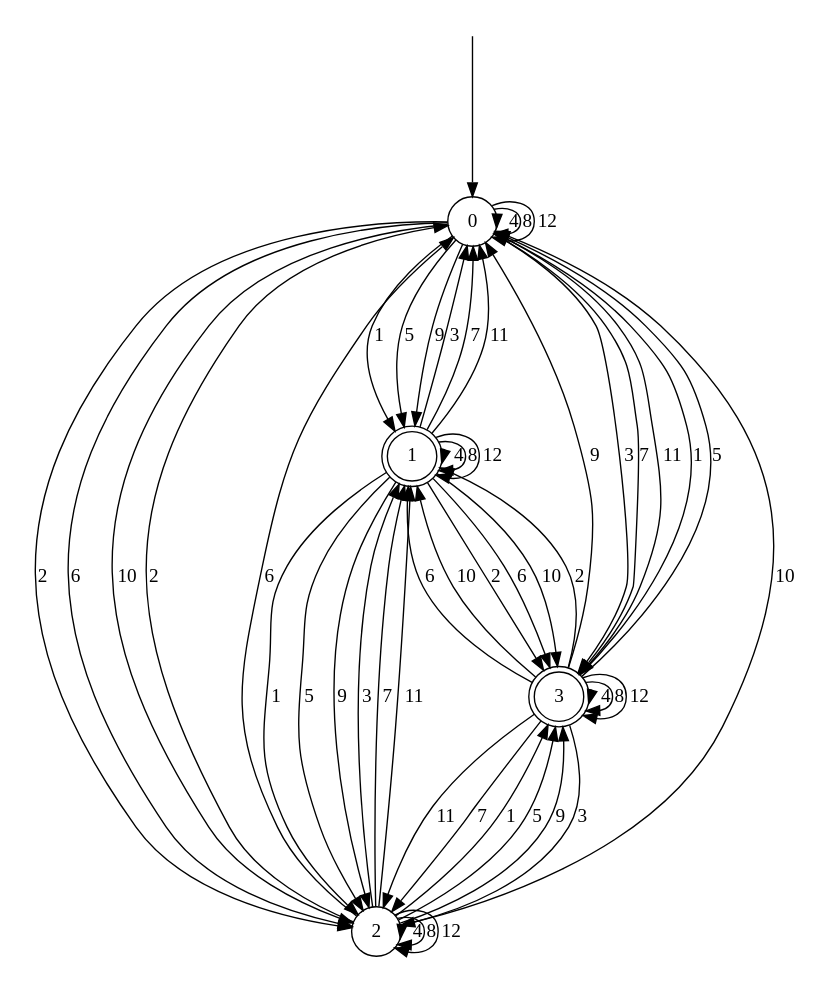
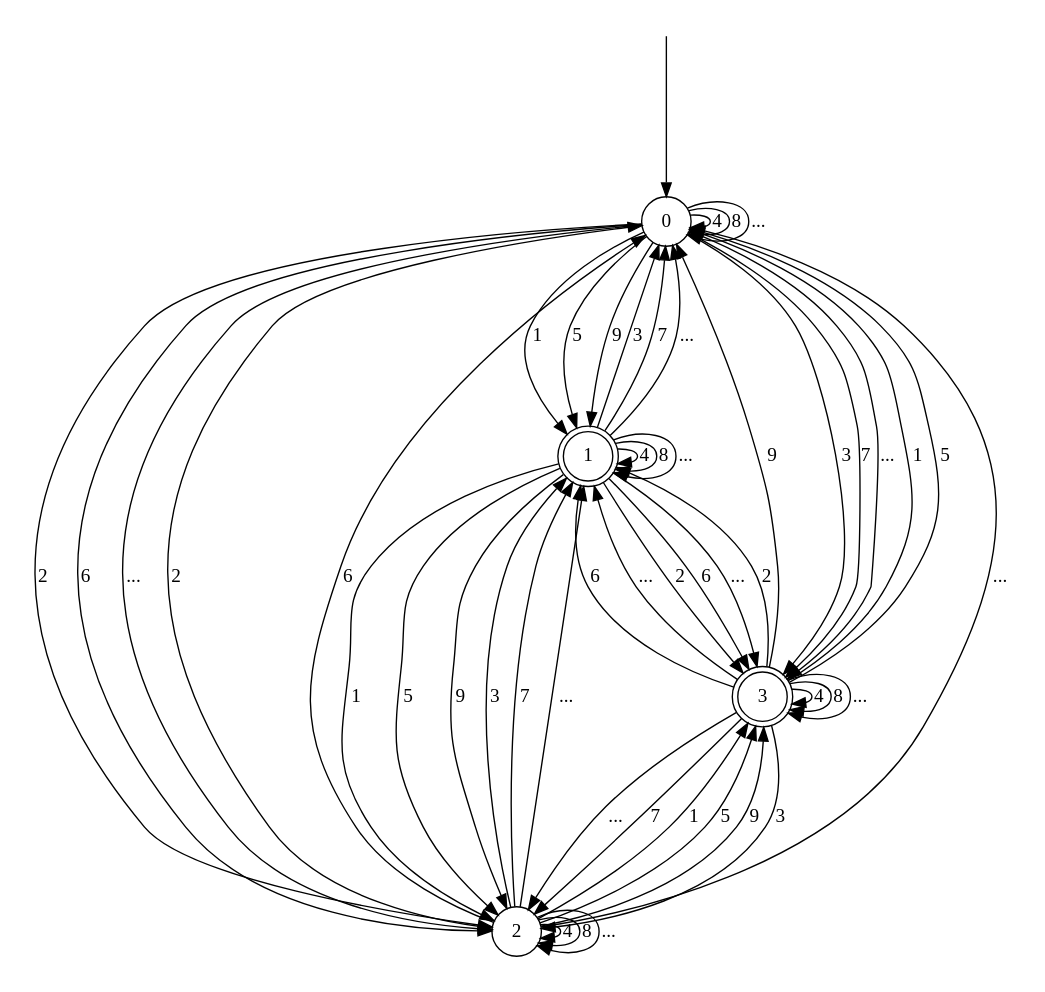
Before and after one commit to 3brahimi/lstar_tutorial: the diagram in tutorial/abstract-dfa-learner/dfa-4states-12.dot, drawn with Graphviz.

```diff
--- a/tutorial/abstract-dfa-learner/dfa-4states-12.dot
+++ b/tutorial/abstract-dfa-learner/dfa-4states-12.dot
@@ -1,60 +1,60 @@
 digraph g {
-    graph [pad="0.25", nodesep="0.1", ranksep="1.6"];
+    graph [pad="0.25", nodesep="0.2", ranksep="1.6"];
     splines="true";
 	s0 [shape="circle" label="0"];
 	s1 [shape="doublecircle" label="1"];
 	s2 [shape="circle" label="2"];
 	s3 [shape="doublecircle" label="3"];
 	s0 -> s1 [label="1"];
 	s0 -> s2 [label="2"];
 	s0 -> s3 [label="3"];
 	s0 -> s0 [label="4"];
 	s0 -> s1 [label="5"];
 	s0 -> s2 [label="6"];
 	s0 -> s3 [label="7"];
 	s0 -> s0 [label="8"];
 	s0 -> s1 [label="9"];
-	s0 -> s2 [label="10"];
-	s0 -> s3 [label="11"];
-	s0 -> s0 [label="12"];
+	s0 -> s2 [label="..."];
+	s0 -> s3 [label="..."];
+	s0 -> s0 [label="..."];
 	s1 -> s2 [label="1"];
 	s1 -> s3 [label="2"];
 	s1 -> s0 [label="3"];
 	s1 -> s1 [label="4"];
 	s1 -> s2 [label="5"];
 	s1 -> s3 [label="6"];
 	s1 -> s0 [label="7"];
 	s1 -> s1 [label="8"];
 	s1 -> s2 [label="9"];
-	s1 -> s3 [label="10"];
-	s1 -> s0 [label="11"];
-	s1 -> s1 [label="12"];
+	s1 -> s3 [label="..."];
+	s1 -> s0 [label="..."];
+	s1 -> s1 [label="..."];
 	s2 -> s3 [label="1"];
 	s2 -> s0 [label="2"];
 	s2 -> s1 [label="3"];
 	s2 -> s2 [label="4"];
 	s2 -> s3 [label="5"];
 	s2 -> s0 [label="6"];
 	s2 -> s1 [label="7"];
 	s2 -> s2 [label="8"];
 	s2 -> s3 [label="9"];
-	s2 -> s0 [label="10"];
-	s2 -> s1 [label="11"];
-	s2 -> s2 [label="12"];
+	s2 -> s0 [label="..."];
+	s2 -> s1 [label="..."];
+	s2 -> s2 [label="..."];
 	s3 -> s0 [label="1"];
 	s3 -> s1 [label="2"];
 	s3 -> s2 [label="3"];
 	s3 -> s3 [label="4"];
 	s3 -> s0 [label="5"];
 	s3 -> s1 [label="6"];
 	s3 -> s2 [label="7"];
 	s3 -> s3 [label="8"];
 	s3 -> s0 [label="9"];
-	s3 -> s1 [label="10"];
-	s3 -> s2 [label="11"];
-	s3 -> s3 [label="12"];
+	s3 -> s1 [label="..."];
+	s3 -> s2 [label="..."];
+	s3 -> s3 [label="..."];
 
 __start0 [label="" shape="none" width="0" height="0"];
 __start0 -> s0;
 
 }
```
